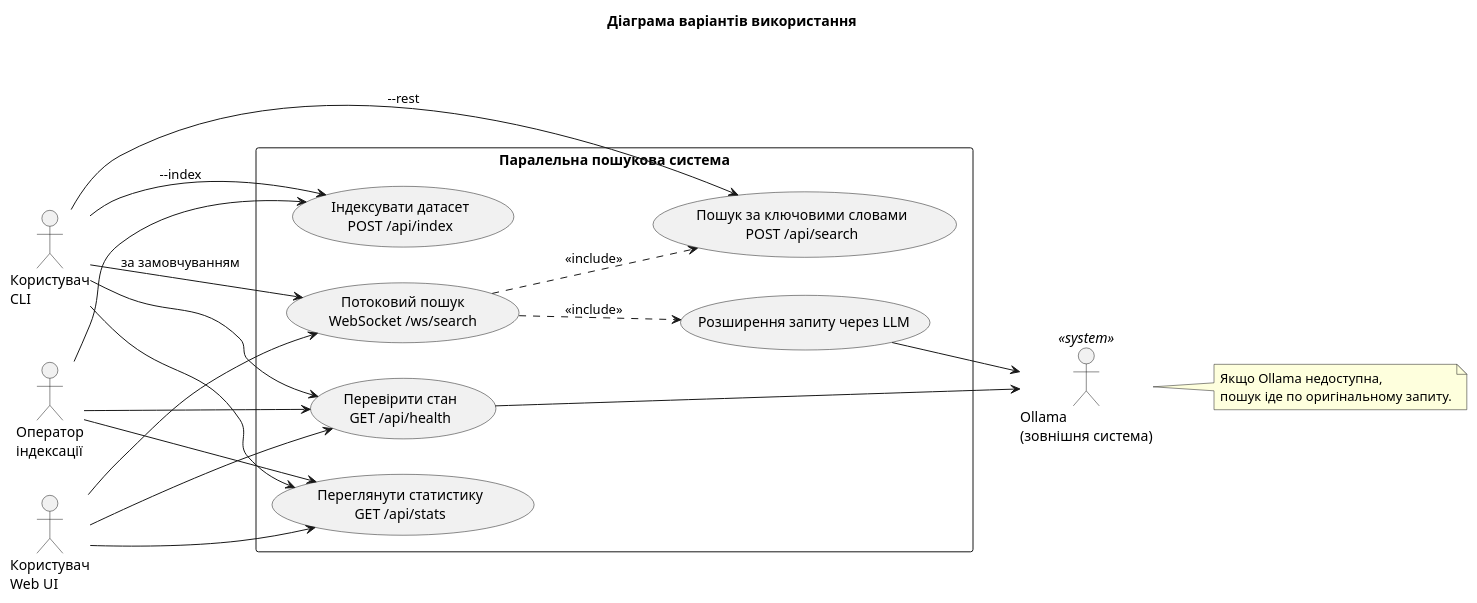
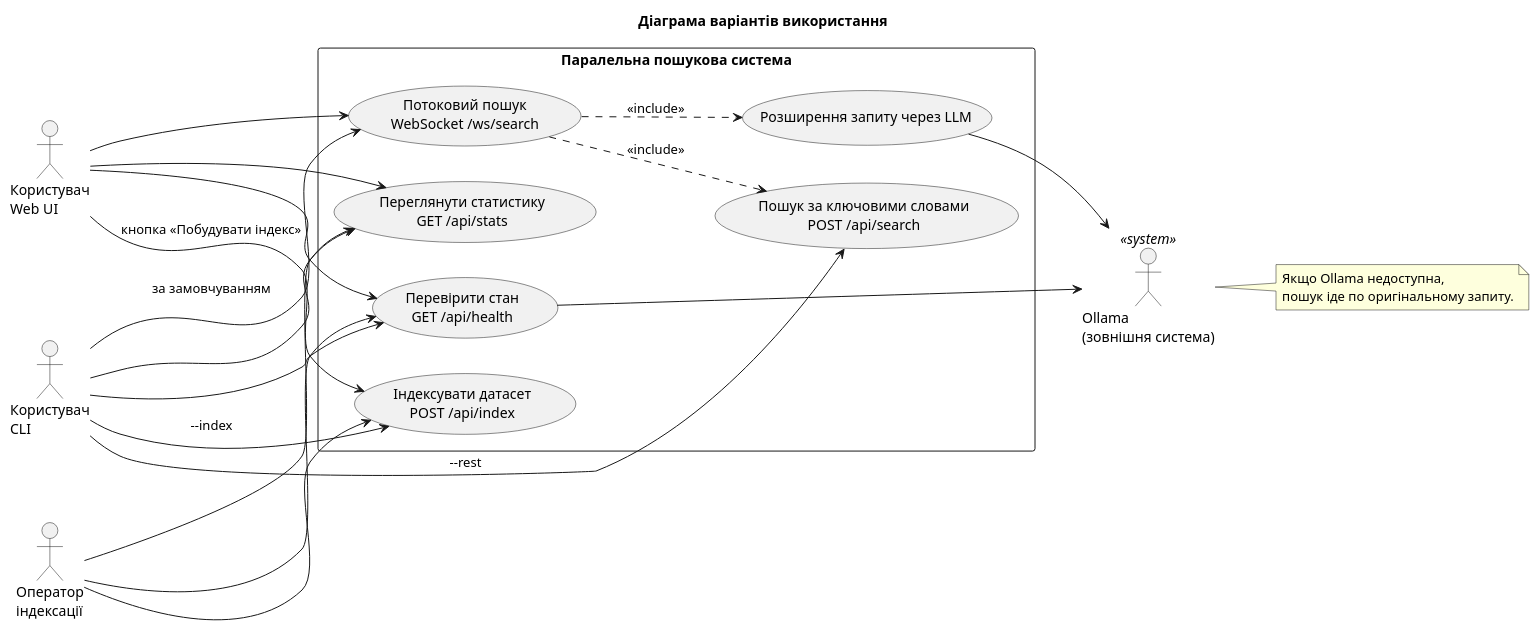
Before and after one commit to V-LP/Parallel-Computing-CW: the diagram in docs/uml/use-case.puml, drawn with PlantUML. The commit also changed 1 other file, not shown here.

Commit message:
docs(uml): show web UI index use case and static files

```diff
--- a/docs/uml/use-case.puml
+++ b/docs/uml/use-case.puml
@@ -1,47 +1,48 @@
 @startuml use-case
 title Діаграма варіантів використання
 
 left to right direction
 skinparam shadowing false
 skinparam packageStyle rectangle
 
 actor "Користувач\nWeb UI" as WebUser
 actor "Користувач\nCLI" as CliUser
 actor "Оператор\nіндексації" as Operator
 actor "Ollama\n(зовнішня система)" as Ollama <<system>>
 
 rectangle "Паралельна пошукова система" {
   usecase "Індексувати датасет\nPOST /api/index" as UCIndex
   usecase "Пошук за ключовими словами\nPOST /api/search" as UCSearch
   usecase "Розширення запиту через LLM" as UCExpand
   usecase "Потоковий пошук\nWebSocket /ws/search" as UCWs
   usecase "Переглянути статистику\nGET /api/stats" as UCStats
   usecase "Перевірити стан\nGET /api/health" as UCHealth
 }
 
 Operator --> UCIndex
 Operator --> UCStats
 Operator --> UCHealth
 
 WebUser --> UCWs
+WebUser --> UCIndex : кнопка «Побудувати індекс»
 WebUser --> UCStats
 WebUser --> UCHealth
 
 CliUser --> UCSearch : --rest
 CliUser --> UCWs : за замовчуванням
 CliUser --> UCIndex : --index
 CliUser --> UCStats
 CliUser --> UCHealth
 
 UCWs ..> UCExpand : <<include>>
 UCWs ..> UCSearch : <<include>>
 
 UCExpand --> Ollama
 UCHealth --> Ollama
 
 note right of Ollama
   Якщо Ollama недоступна,
   пошук іде по оригінальному запиту.
 end note
 
 @enduml
```
